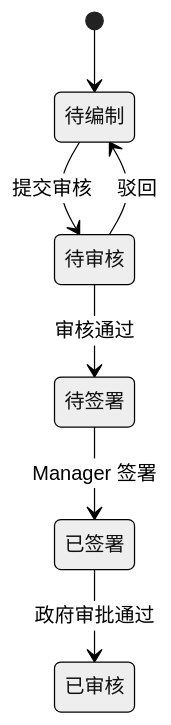
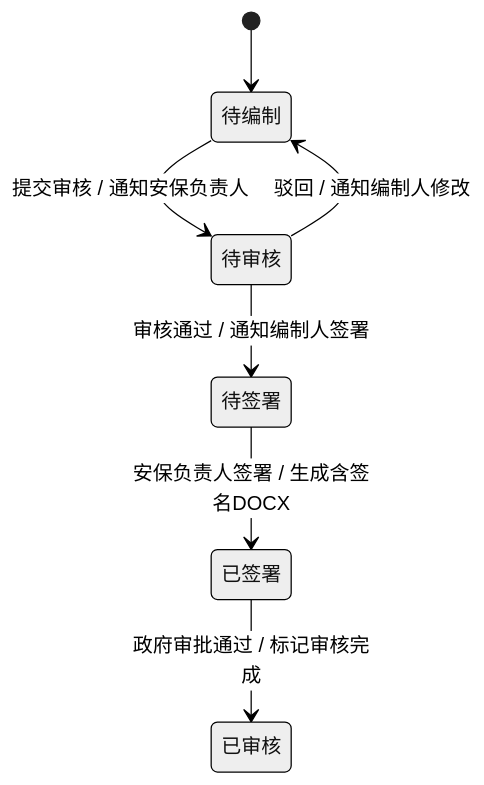
Before and after one commit to VasantLong/camis2026: the fourth of 4 diagrams in docs/analysis-design-report.md, drawn with Mermaid (neutral theme). The commit also changed other lines of this file, not shown here.

Commit message:
docs(report): rewrite state diagrams with UML 2.0 event[guard]/action notation (统一状态图规范格式)

````diff
--- a/docs/analysis-design-report.md
+++ b/docs/analysis-design-report.md
@@ -265,9 +267,10 @@
 ```mermaid
 stateDiagram-v2
     [*] --> 待编制
-    待编制 --> 待审核 : 提交审核
-    待审核 --> 待签署 : 审核通过
-    待审核 --> 待编制 : 驳回
-    待签署 --> 已签署 : Manager 签署
-    已签署 --> 已审核 : 政府审批通过
+
+    待编制 --> 待审核 : 提交审核 / 通知安保负责人
+    待审核 --> 待签署 : 审核通过 / 通知编制人签署
+    待审核 --> 待编制 : 驳回 / 通知编制人修改
+    待签署 --> 已签署 : 安保负责人签署 / 生成含签名DOCX
+    已签署 --> 已审核 : 政府审批通过 / 标记审核完成
 ```
````
